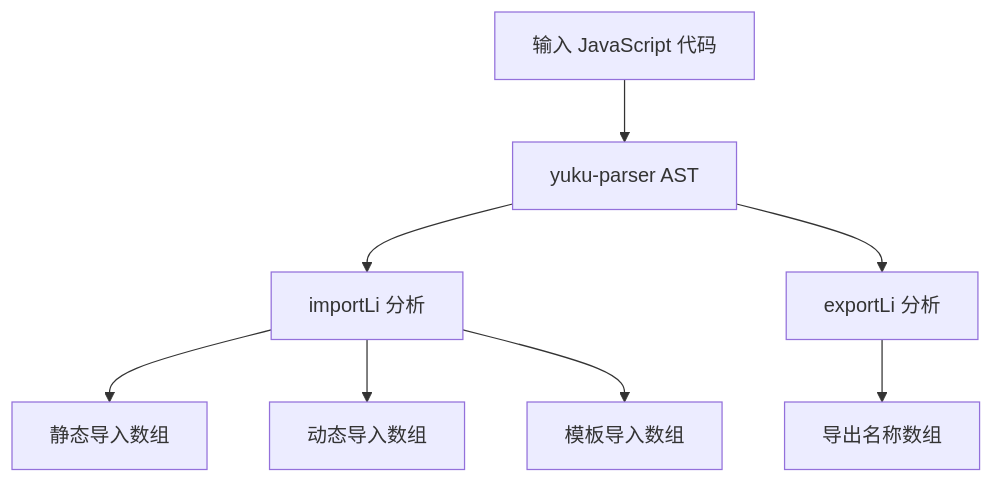
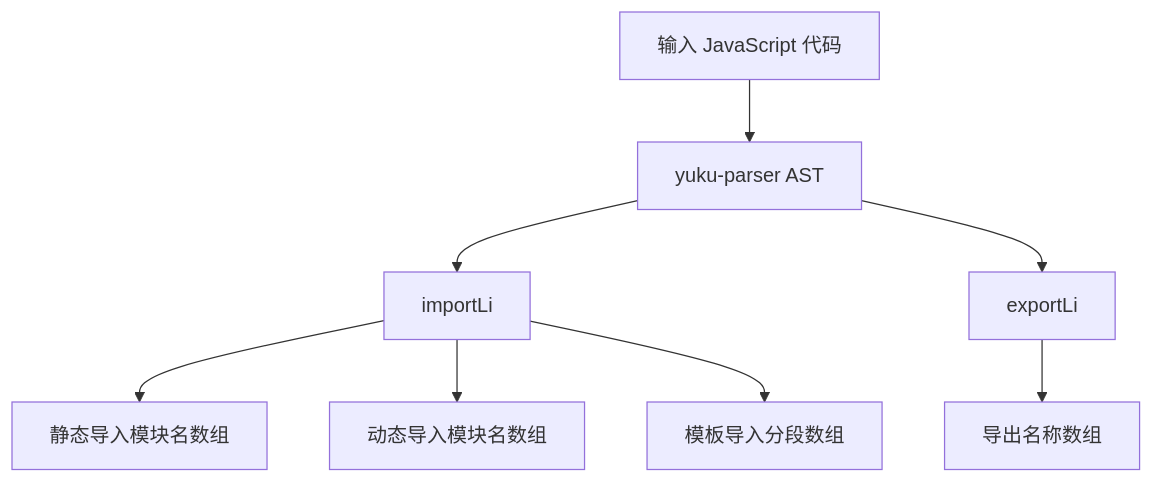
Before and after one commit to webc-site/npm: the diagram in jsparser/readme/zh/README.md, drawn with Mermaid. The commit also changed other lines of this file and 3 other files, not shown here.

````diff
--- a/jsparser/readme/zh/README.md
+++ b/jsparser/readme/zh/README.md
@@ -53,10 +42,10 @@
 ```mermaid
 graph TD
     A[输入 JavaScript 代码] --> B[yuku-parser AST]
-    B --> C[importLi 分析]
-    B --> D[exportLi 分析]
-    C --> E[静态导入数组]
-    C --> F[动态导入数组]
-    C --> G[模板导入数组]
+    B --> C[importLi]
+    B --> D[exportLi]
+    C --> E[静态导入模块名数组]
+    C --> F[动态导入模块名数组]
+    C --> G[模板导入分段数组]
     D --> H[导出名称数组]
 ```
````
